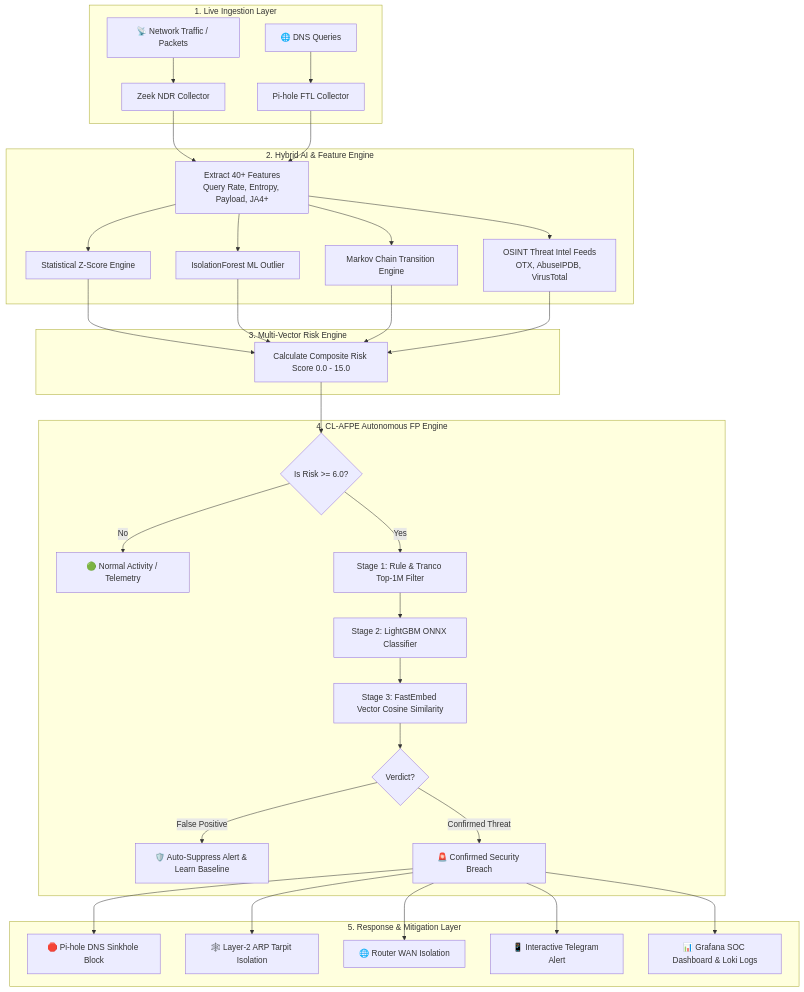
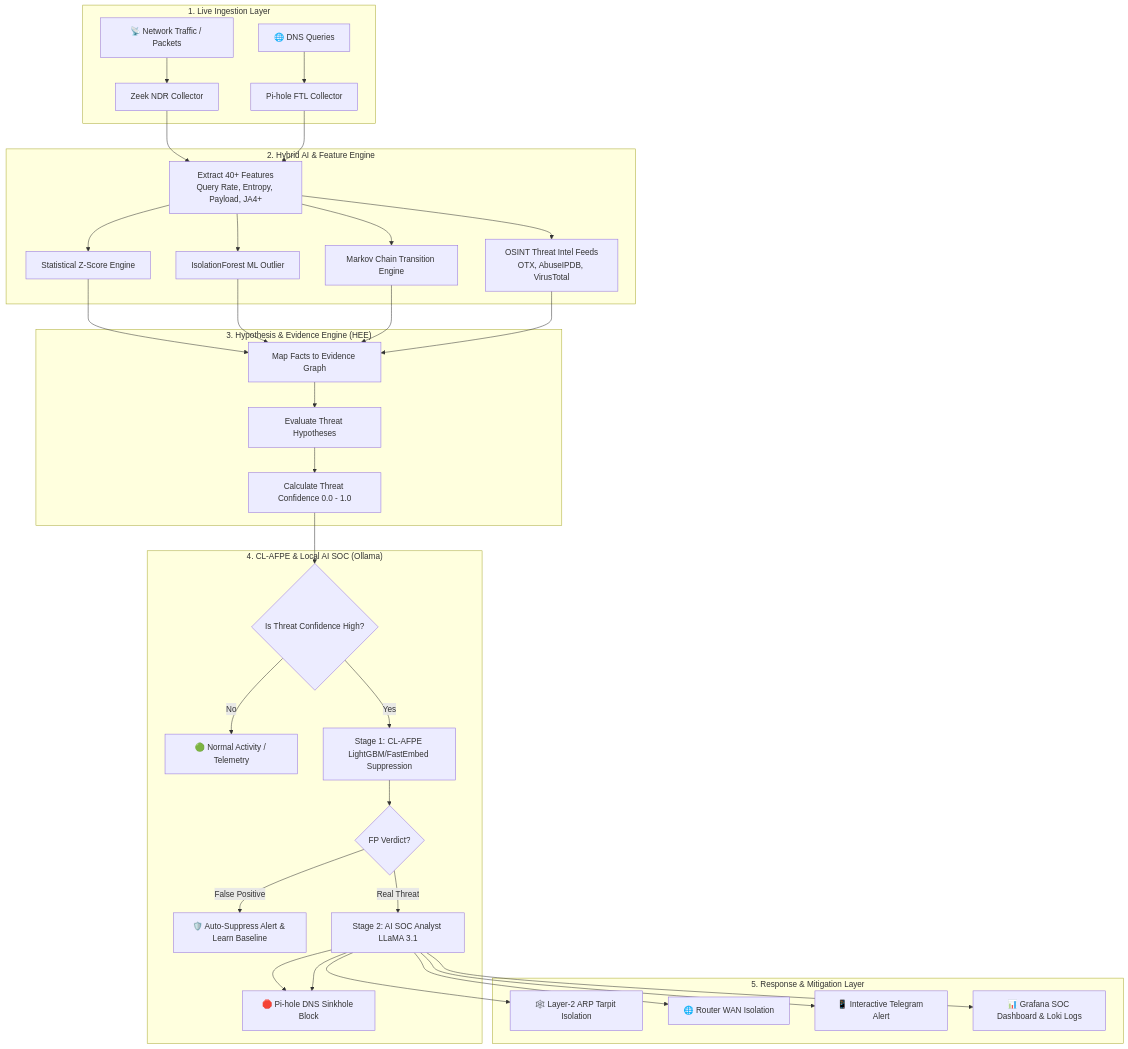
Before and after one commit to gsaket-sky/home-ids: the first of 8 diagrams in USER_MANUAL.md, drawn with Mermaid. The commit also changed other lines of this file and 1 other file, not shown here.

Commit message:
docs: Deep rewrite of README and User Manual for V5 Architecture (HEE & Ollama)

````diff
--- a/USER_MANUAL.md
+++ b/USER_MANUAL.md
@@ -70,38 +70,39 @@
 ```mermaid
 flowchart TD
     subgraph Data Sources ["1. Live Ingestion Layer"]
         A[📡 Network Traffic / Packets] --> B[Zeek NDR Collector]
         C[🌐 DNS Queries] --> D[Pi-hole FTL Collector]
     end
 
     subgraph Analytics ["2. Hybrid AI & Feature Engine"]
         B & D --> E[Extract 40+ Features\nQuery Rate, Entropy, Payload, JA4+]
         E --> F[Statistical Z-Score Engine]
         E --> G[IsolationForest ML Outlier]
         E --> H[Markov Chain Transition Engine]
         E --> I[OSINT Threat Intel Feeds\nOTX, AbuseIPDB, VirusTotal]
     end
 
-    subgraph Scoring ["3. Multi-Vector Risk Engine"]
-        F & G & H & I --> J[Calculate Composite Risk Score 0.0 - 15.0]
+    subgraph Scoring ["3. Hypothesis & Evidence Engine (HEE)"]
+        F & G & H & I --> J[Map Facts to Evidence Graph]
+        J --> K[Evaluate Threat Hypotheses]
+        K --> L[Calculate Threat Confidence 0.0 - 1.0]
     end
 
-    subgraph Triage ["4. CL-AFPE Autonomous FP Engine"]
-        J --> K{Is Risk >= 6.0?}
-        K -- No --> L[🟢 Normal Activity / Telemetry]
-        K -- Yes --> M[Stage 1: Rule & Tranco Top-1M Filter]
-        M --> N[Stage 2: LightGBM ONNX Classifier]
-        N --> O[Stage 3: FastEmbed Vector Cosine Similarity]
-        O --> P{Verdict?}
+    subgraph Triage ["4. CL-AFPE & Local AI SOC (Ollama)"]
+        L --> M{Is Threat Confidence High?}
+        M -- No --> N[🟢 Normal Activity / Telemetry]
+        M -- Yes --> O[Stage 1: CL-AFPE LightGBM/FastEmbed Suppression]
+        O --> P{FP Verdict?}
         P -- False Positive --> Q[🛡️ Auto-Suppress Alert & Learn Baseline]
-        P -- Confirmed Threat --> R[🚨 Confirmed Security Breach]
+        P -- Real Threat --> R[Stage 2: AI SOC Analyst LLaMA 3.1]
+        R --> S[🚨 Confirmed Security Breach + AI Summary]
     end
 
     subgraph Action ["5. Response & Mitigation Layer"]
         R --> S[🛑 Pi-hole DNS Sinkhole Block]
         R --> T[🕸️ Layer-2 ARP Tarpit Isolation]
         R --> U[🌐 Router WAN Isolation]
         R --> V[📱 Interactive Telegram Alert]
         R --> W[📊 Grafana SOC Dashboard & Loki Logs]
     end
 ```
````
